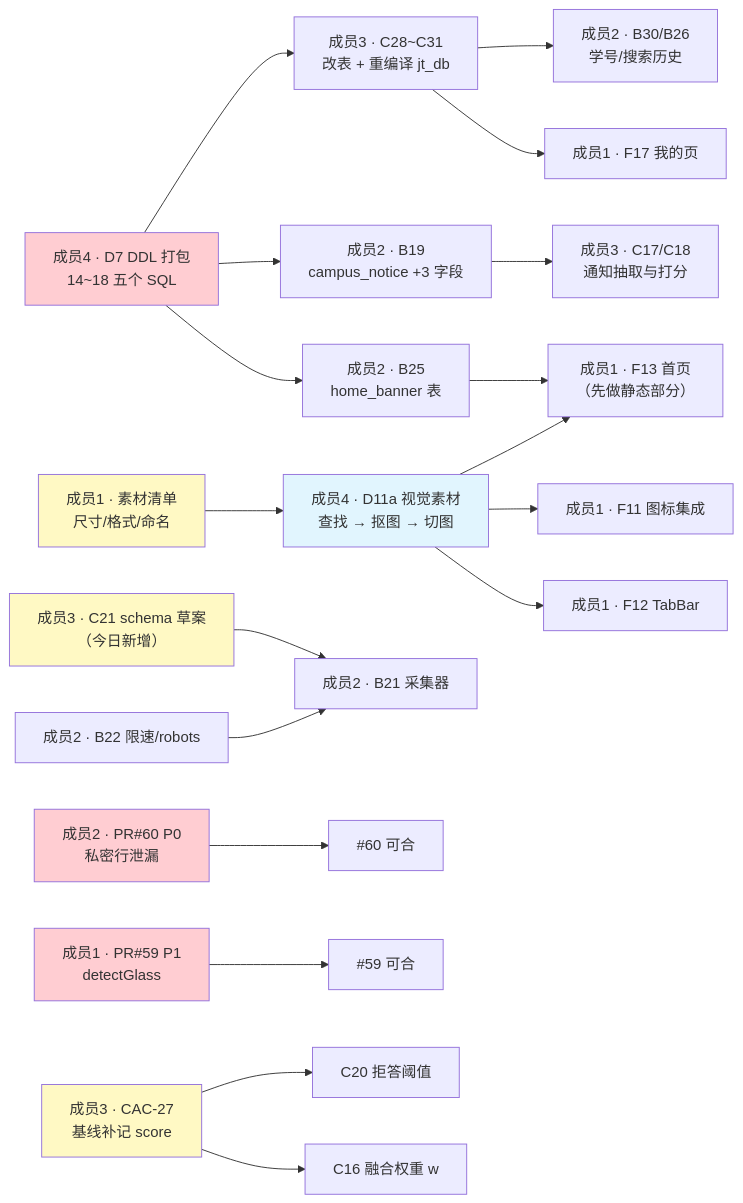
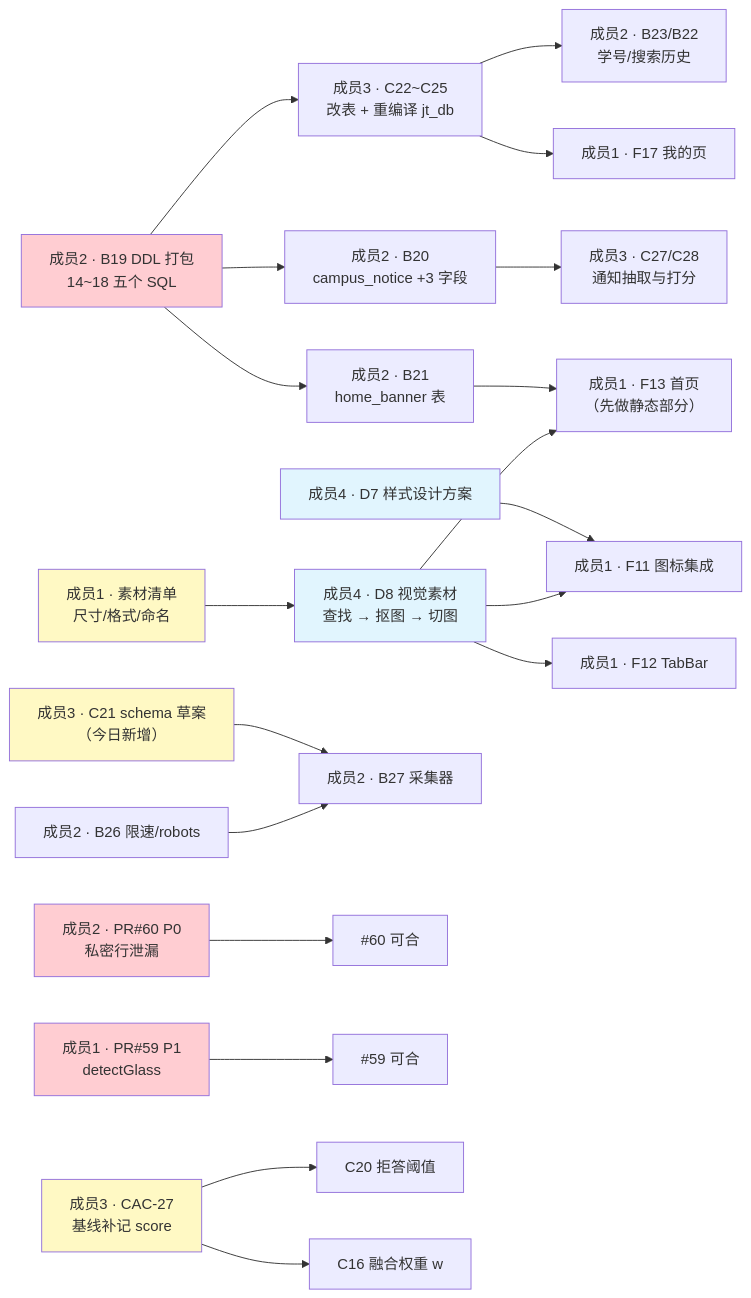
One commit to asuperj1/xiaojietong-project changed the diagram in docs/成员任务单260914序1.md. Above: the diagram before and after it, drawn with Mermaid. The commit also changed other lines of this file and 1 other file, not shown here.

````diff
--- a/docs/成员任务单260914序1.md
+++ b/docs/成员任务单260914序1.md
@@ -354,27 +341,29 @@
 ```mermaid
 flowchart LR
-    D7["成员4 · D7 DDL 打包<br/>14~18 五个 SQL"] --> C28["成员3 · C28~C31<br/>改表 + 重编译 jt_db"]
-    D7 --> B19["成员2 · B19<br/>campus_notice +3 字段"]
-    D7 --> B25["成员2 · B25<br/>home_banner 表"]
-    B25 --> F13["成员1 · F13 首页<br/>（先做静态部分）"]
-    C28 --> B30["成员2 · B30/B26<br/>学号/搜索历史"]
-    C28 --> F17["成员1 · F17 我的页"]
-    B19 --> C18["成员3 · C17/C18<br/>通知抽取与打分"]
-    LIST["成员1 · 素材清单<br/>尺寸/格式/命名"] --> D11A["成员4 · D11a 视觉素材<br/>查找 → 抠图 → 切图"]
-    D11A --> F11["成员1 · F11 图标集成"]
-    D11A --> F12["成员1 · F12 TabBar"]
-    D11A --> F13
-    C21["成员3 · C21 schema 草案<br/>（今日新增）"] --> B21["成员2 · B21 采集器"]
-    B22["成员2 · B22 限速/robots"] --> B21
+    B19["成员2 · B19 DDL 打包<br/>14~18 五个 SQL"] --> C22["成员3 · C22~C25<br/>改表 + 重编译 jt_db"]
+    B19 --> B20["成员2 · B20<br/>campus_notice +3 字段"]
+    B19 --> B21["成员2 · B21<br/>home_banner 表"]
+    B21 --> F13["成员1 · F13 首页<br/>（先做静态部分）"]
+    C22 --> B23["成员2 · B23/B22<br/>学号/搜索历史"]
+    C22 --> F17["成员1 · F17 我的页"]
+    B20 --> C28["成员3 · C27/C28<br/>通知抽取与打分"]
+    LIST["成员1 · 素材清单<br/>尺寸/格式/命名"] --> D8["成员4 · D8 视觉素材<br/>查找 → 抠图 → 切图"]
+    D7S["成员4 · D7 样式设计方案"] --> F11
+    D8 --> F11["成员1 · F11 图标集成"]
+    D8 --> F12["成员1 · F12 TabBar"]
+    D8 --> F13
+    C21["成员3 · C21 schema 草案<br/>（今日新增）"] --> B27["成员2 · B27 采集器"]
+    B26["成员2 · B26 限速/robots"] --> B27
     P0B60["成员2 · PR#60 P0<br/>私密行泄漏"] --> DONE60["#60 可合"]
     P1B59["成员1 · PR#59 P1<br/>detectGlass"] --> DONE59["#59 可合"]
     CAC27["成员3 · CAC-27<br/>基线补记 score"] --> C20["C20 拒答阈值"]
     CAC27 --> C16["C16 融合权重 w"]
-    style D7 fill:#ffcdd2
+    style B19 fill:#ffcdd2
     style P0B60 fill:#ffcdd2
     style P1B59 fill:#ffcdd2
     style CAC27 fill:#fff9c4
     style C21 fill:#fff9c4
     style LIST fill:#fff9c4
-    style D11A fill:#e1f5fe
+    style D8 fill:#e1f5fe
+    style D7S fill:#e1f5fe
 ```
````
